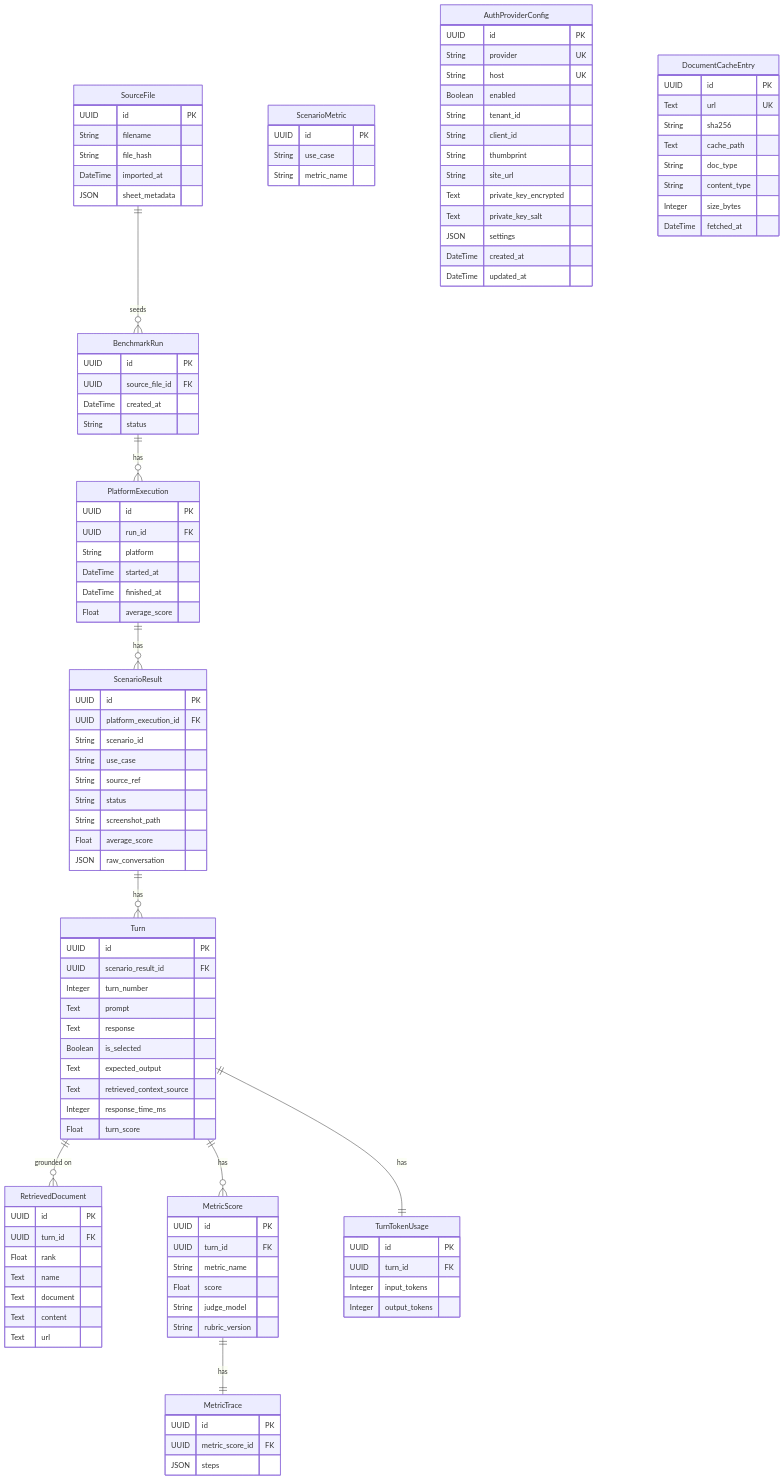
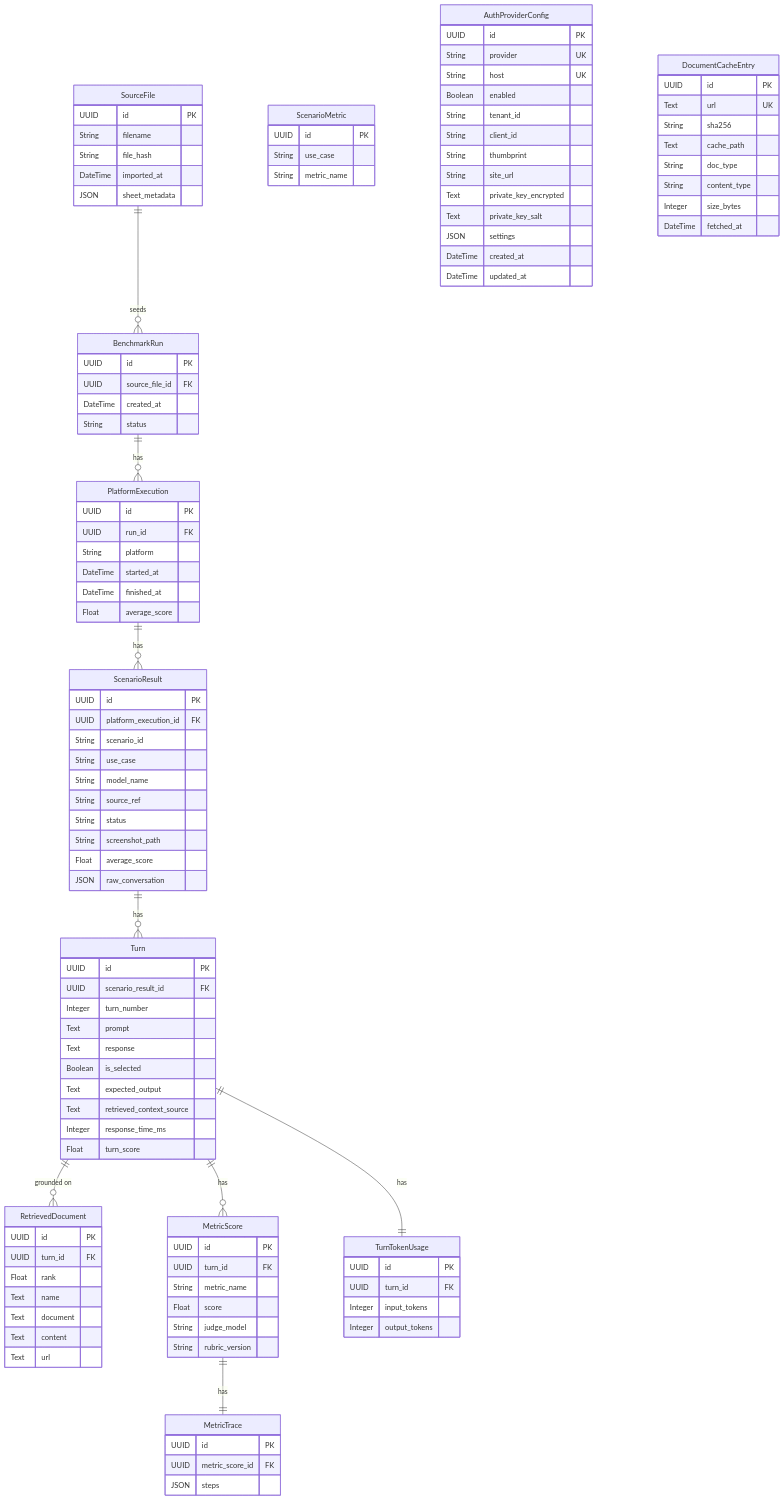
One commit to jmanuelc87/scorekeeper changed the diagram in docs/data-model.md. Above: the diagram before and after it, drawn with Mermaid. The commit also changed other lines of this file and 15 other files, not shown here.

```diff
--- a/docs/data-model.md
+++ b/docs/data-model.md
@@ -70,6 +70,7 @@
         UUID platform_execution_id FK
         String scenario_id
         String use_case
+        String model_name
         String source_ref
         String status
         String screenshot_path
```
